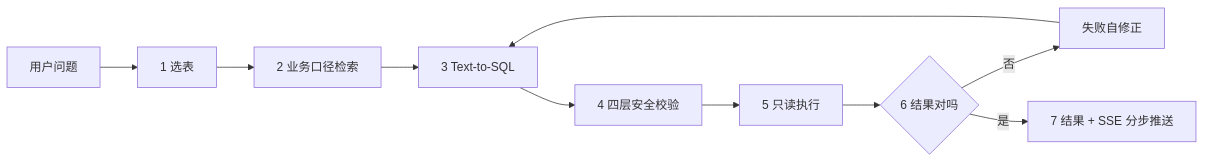
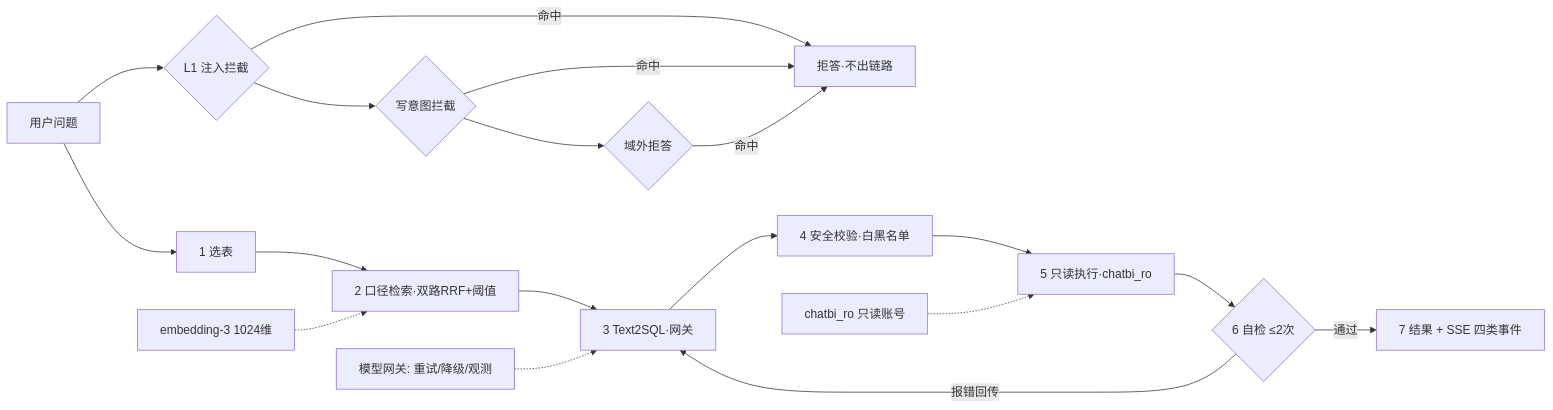
Before and after one commit to Jarvis-zhuang/chatbi: the diagram in README.md, drawn with Mermaid.

Commit message:
D7: architecture diagram updated to D4-D6 reality (precheck gates, gateway, dual-lane retrieval, chatbi_ro)

````diff
--- a/README.md
+++ b/README.md
@@ -29,7 +29,15 @@
 ```mermaid
 flowchart LR
-  Q[用户问题] --> S[1 选表] --> M[2 业务口径检索] --> G[3 Text-to-SQL]
-  G --> V[4 四层安全校验] --> E[5 只读执行] --> R{6 结果对吗}
-  R -- 否 --> F[失败自修正] --> G
-  R -- 是 --> O[7 结果 + SSE 分步推送]
+  Q[用户问题] --> P1{L1 注入拦截} --> P2{写意图拦截} --> P3{域外拒答}
+  P1 -- 命中 --> X[拒答·不出链路]
+  P2 -- 命中 --> X
+  P3 -- 命中 --> X
+  Q --> S[1 选表] --> M[2 口径检索·双路RRF+阈值] --> G[3 Text2SQL·网关] 
+  G --> V[4 安全校验·白黑名单] --> E[5 只读执行·chatbi_ro] --> R{6 自检 ≤2次}
+  R -- 报错回传 --> G
+  R -- 通过 --> O[7 结果 + SSE 四类事件]
+
+  EMB[embedding-3 1024维] -.-> M
+  GW[模型网关: 重试/降级/观测] -.-> G
+  RO[chatbi_ro 只读账号] -.-> E
 ```
````
